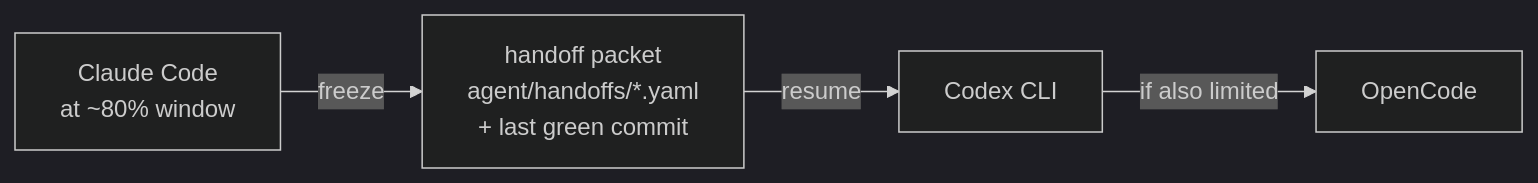
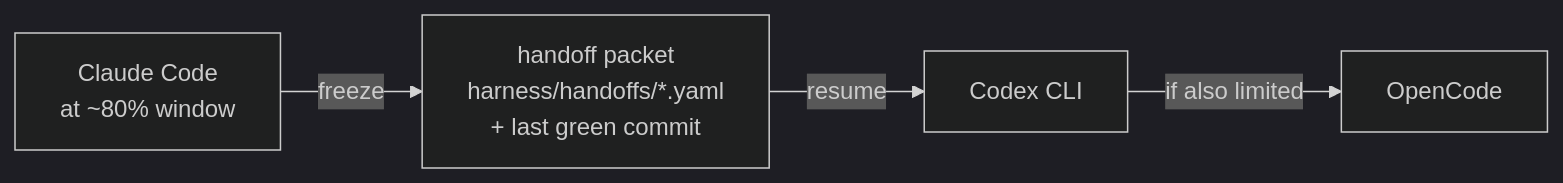
Before and after one commit to nuhin13/Workflow: the sixth of 7 diagrams in README.md, drawn with Mermaid (dark theme). The commit also changed other lines of this file and 187 other files, not shown here.

First line of the commit message:
feat(v2-4): rename agent/ -> harness/ (visible), atomic (§7 · ADR-0001 D-2)

````diff
--- a/README.md
+++ b/README.md
@@ -191,6 +191,6 @@
 ```mermaid
 flowchart LR
-    C1["Claude Code<br>at ~80% window"] -->|freeze| F["handoff packet<br>agent/handoffs/*.yaml<br>+ last green commit"]
+    C1["Claude Code<br>at ~80% window"] -->|freeze| F["handoff packet<br>harness/handoffs/*.yaml<br>+ last green commit"]
     F -->|resume| C2["Codex CLI"]
     C2 -->|if also limited| C3["OpenCode"]
 ```
````
